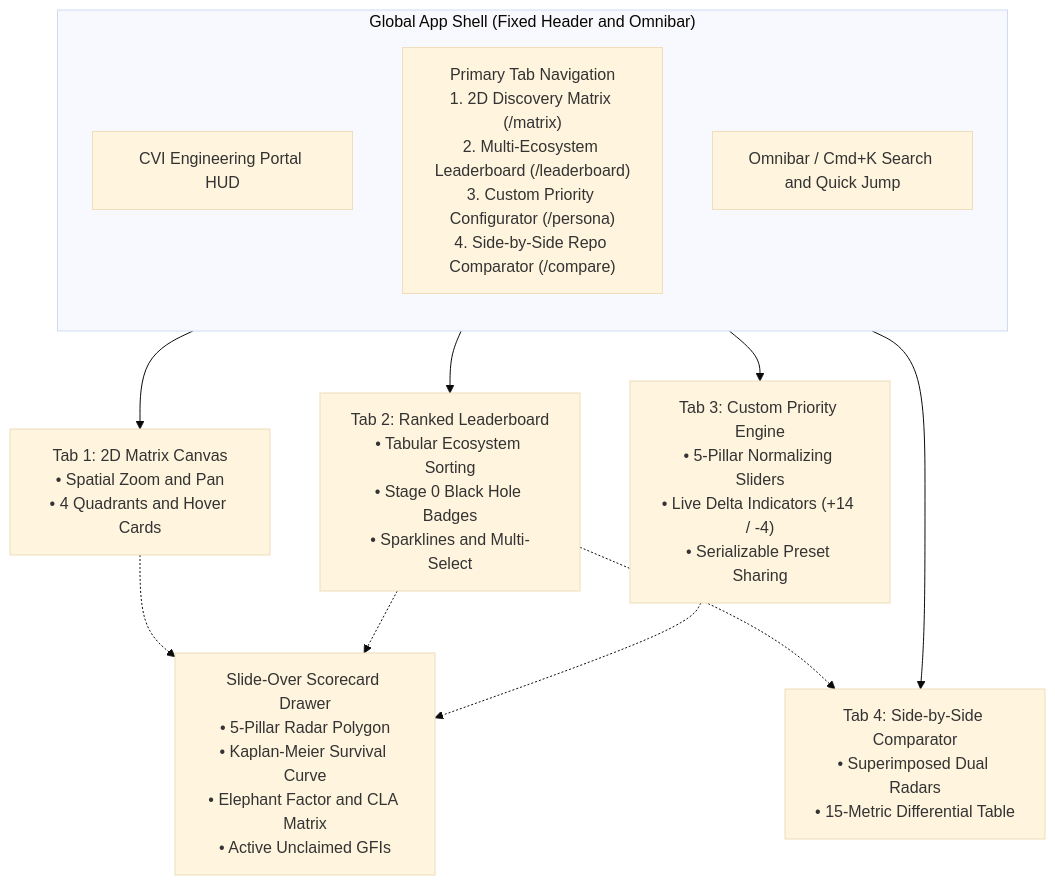
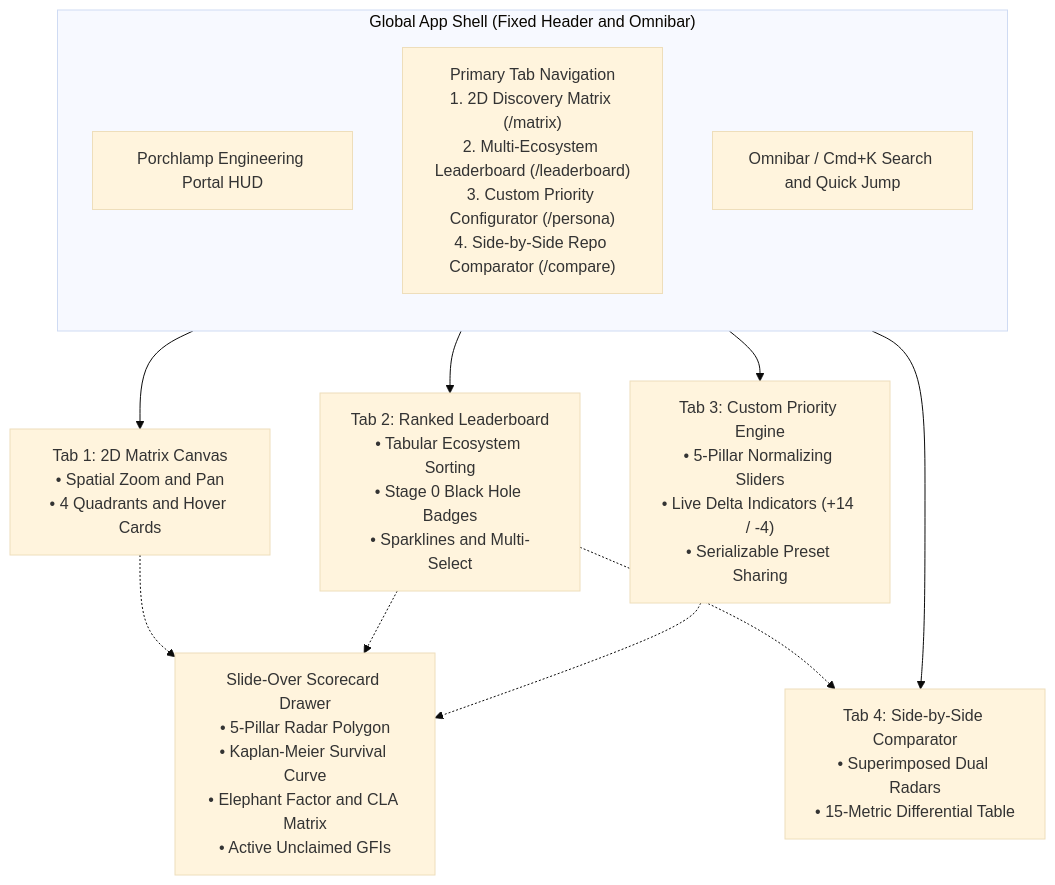
Before and after one commit to pctablet505/porchlamp-engine: diagram 11 of 13 in docs/ARCHITECTURE.md, drawn with Mermaid (base theme). The commit also changed other lines of this file and 643 other files, not shown here.

````diff
--- a/docs/ARCHITECTURE.md
+++ b/docs/ARCHITECTURE.md
@@ -844,19 +844,19 @@
 ```mermaid
 flowchart TD
     subgraph GlobalShell ["Global App Shell (Fixed Header and Omnibar)"]
         direction TB
-        Brand["CVI Engineering Portal HUD"]
+        Brand["Porchlamp Engineering Portal HUD"]
         NavRail["Primary Tab Navigation<br/>1. 2D Discovery Matrix (/matrix)<br/>2. Multi-Ecosystem Leaderboard (/leaderboard)<br/>3. Custom Priority Configurator (/persona)<br/>4. Side-by-Side Repo Comparator (/compare)"]
         Omnibar["Omnibar / Cmd+K Search and Quick Jump"]
     end
 
     GlobalShell --> Tab1["Tab 1: 2D Matrix Canvas<br/>• Spatial Zoom and Pan<br/>• 4 Quadrants and Hover Cards"]
     GlobalShell --> Tab2["Tab 2: Ranked Leaderboard<br/>• Tabular Ecosystem Sorting<br/>• Stage 0 Black Hole Badges<br/>• Sparklines and Multi-Select"]
     GlobalShell --> Tab3["Tab 3: Custom Priority Engine<br/>• 5-Pillar Normalizing Sliders<br/>• Live Delta Indicators (+14 / -4)<br/>• Serializable Preset Sharing"]
     GlobalShell --> Tab4["Tab 4: Side-by-Side Comparator<br/>• Superimposed Dual Radars<br/>• 15-Metric Differential Table"]
 
     Tab1 -.-> Drawer["Slide-Over Scorecard Drawer<br/>• 5-Pillar Radar Polygon<br/>• Kaplan-Meier Survival Curve<br/>• Elephant Factor and CLA Matrix<br/>• Active Unclaimed GFIs"]
     Tab2 -.-> Drawer
     Tab3 -.-> Drawer
     Tab2 -.-> Tab4
 ```
````
